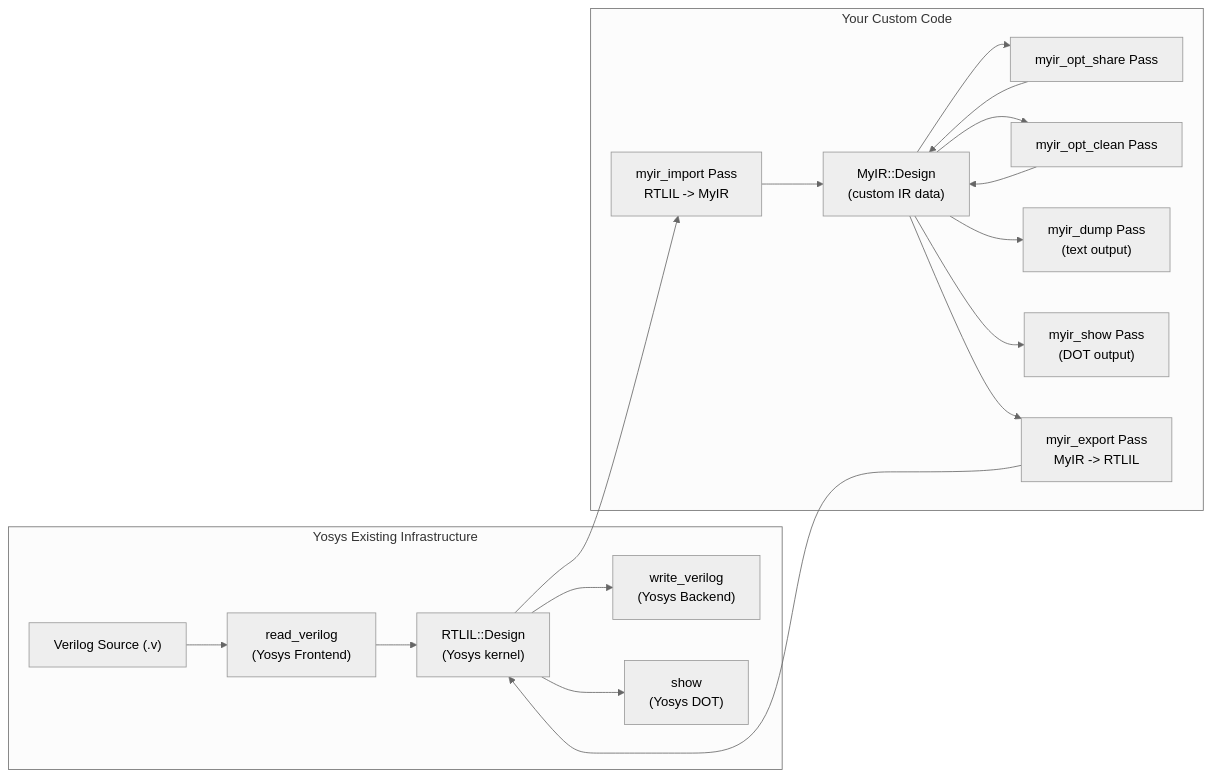
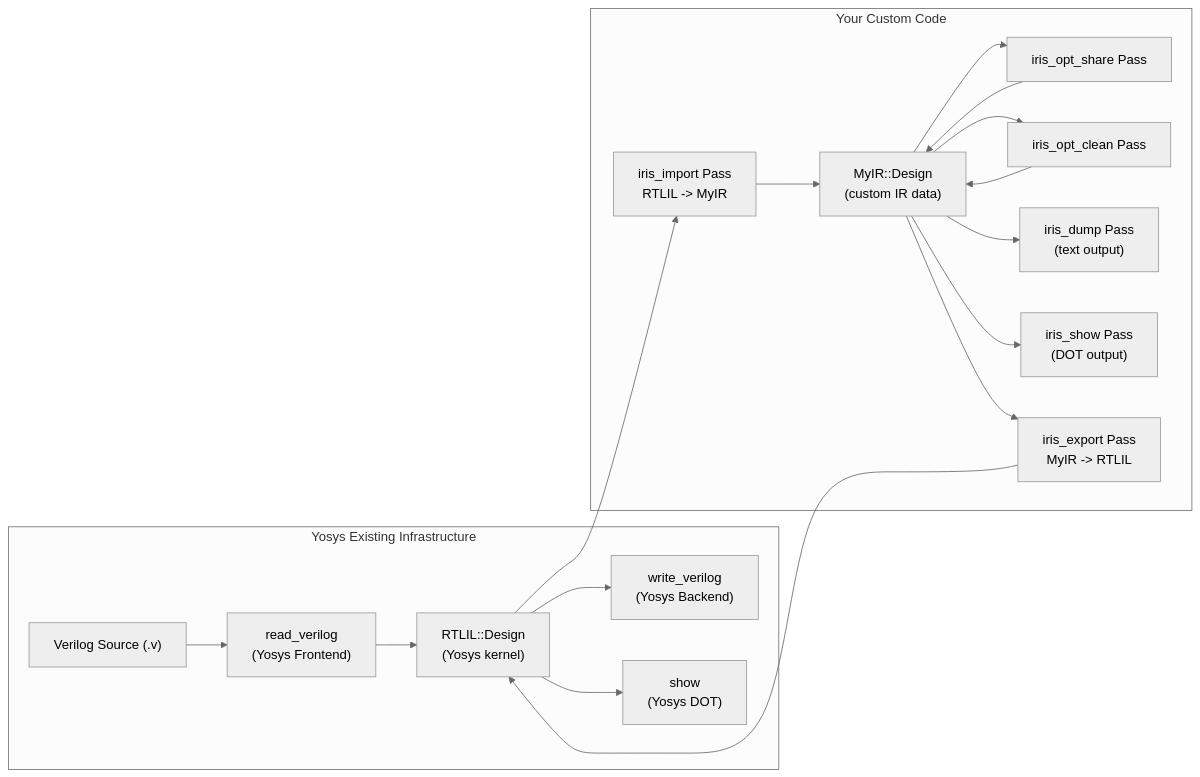
The first of 2 diagrams in SUMMARY/yosys_自定义_ir_开发_e558a260.plan.md (SuperEDATeam/MyYosys), drawn with Mermaid (neutral theme) before and after one commit. The commit also changed other lines of this file and 39 other files, not shown here.

````diff
--- a/SUMMARY/yosys_自定义_ir_开发_e558a260.plan.md
+++ b/SUMMARY/yosys_自定义_ir_开发_e558a260.plan.md
@@ -53,30 +53,30 @@
 ```mermaid
 flowchart LR
     subgraph yosys_existing [Yosys Existing Infrastructure]
         Verilog["Verilog Source (.v)"]
         ReadV["read_verilog\n(Yosys Frontend)"]
         RTLIL["RTLIL::Design\n(Yosys kernel)"]
         WriteV["write_verilog\n(Yosys Backend)"]
         ShowCmd["show\n(Yosys DOT)"]
     end
 
     subgraph your_code [Your Custom Code]
-        ToMyIR["myir_import Pass\nRTLIL -> MyIR"]
+        ToMyIR["iris_import Pass\nRTLIL -> MyIR"]
         MyIR["MyIR::Design\n(custom IR data)"]
-        OptShare["myir_opt_share Pass"]
-        OptClean["myir_opt_clean Pass"]
-        DumpIR["myir_dump Pass\n(text output)"]
-        MyShow["myir_show Pass\n(DOT output)"]
-        FromMyIR["myir_export Pass\nMyIR -> RTLIL"]
+        OptShare["iris_opt_share Pass"]
+        OptClean["iris_opt_clean Pass"]
+        DumpIR["iris_dump Pass\n(text output)"]
+        MyShow["iris_show Pass\n(DOT output)"]
+        FromMyIR["iris_export Pass\nMyIR -> RTLIL"]
     end
 
     Verilog --> ReadV --> RTLIL
     RTLIL --> ToMyIR --> MyIR
     MyIR --> OptShare --> MyIR
     MyIR --> OptClean --> MyIR
     MyIR --> DumpIR
     MyIR --> MyShow
     MyIR --> FromMyIR --> RTLIL
     RTLIL --> WriteV
     RTLIL --> ShowCmd
 ```
````
